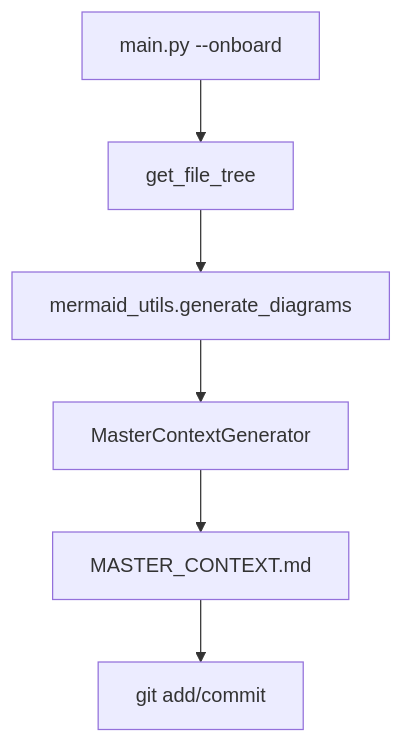
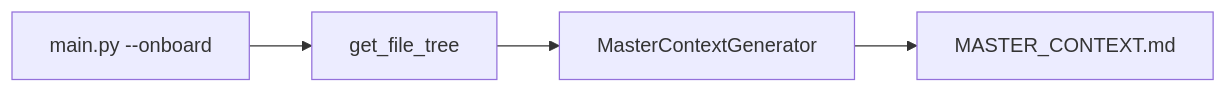
Before and after one commit to BurntDosa/Checkpoint: the first of 5 diagrams in MASTER_CONTEXT.md, drawn with Mermaid. The commit also changed other lines of this file and 2 other files, not shown here.

Commit message:
docs: update master context & catchups for 9855fa5eca72eb23c10723cfd6e25311baa0623d

````diff
--- a/MASTER_CONTEXT.md
+++ b/MASTER_CONTEXT.md
@@ -29,8 +23,6 @@
    ```mermaid
-   flowchart TD
-       A[main.py --onboard] --> B[get_file_tree]
-       B --> C[mermaid_utils.generate_diagrams]
-       C --> D[MasterContextGenerator]
-       D --> E[MASTER_CONTEXT.md]
-       E --> F[git add/commit]
+   graph LR
+     A[main.py --onboard] --> B[get_file_tree]
+     B --> C[MasterContextGenerator]
+     C --> D[MASTER_CONTEXT.md]
    ```
````
